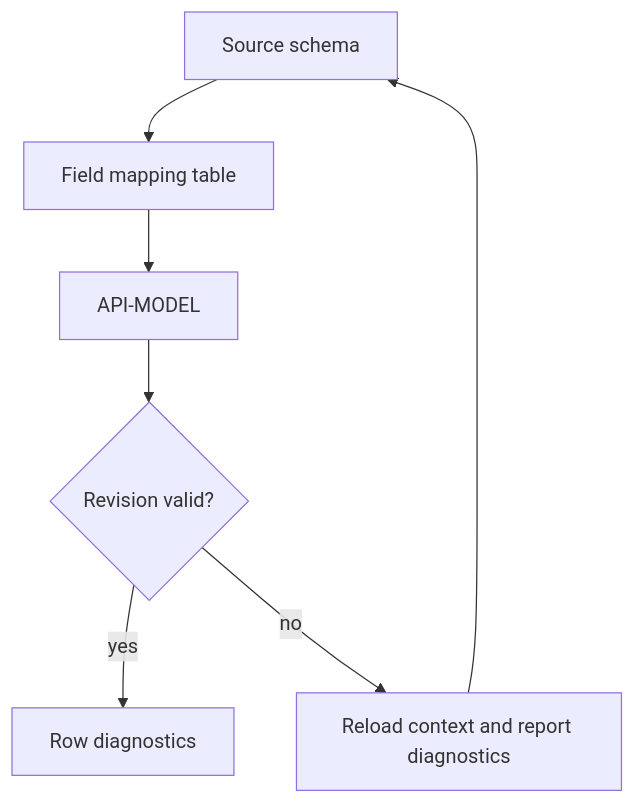
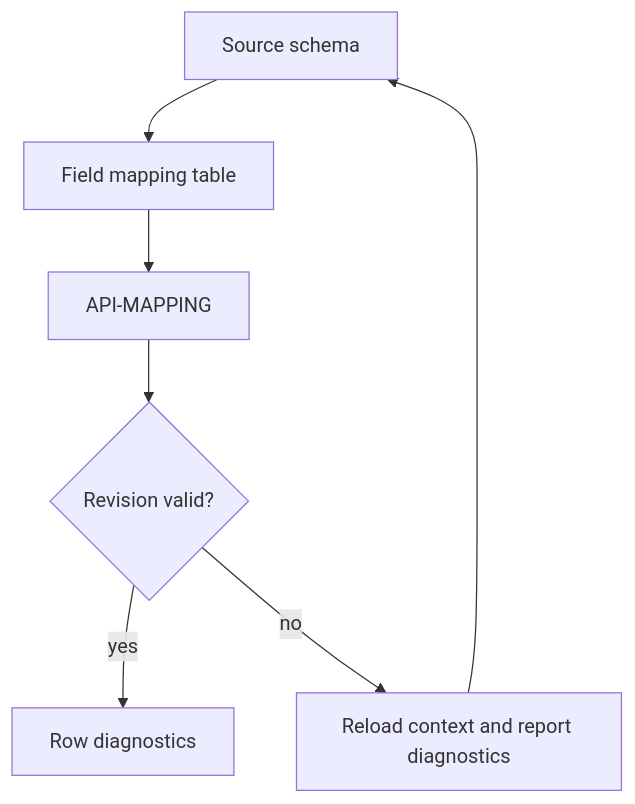
One commit to ameenalqershi/wow-decision-intelligence changed the first of 2 diagrams in docs/design/studio/UI20.md. Above: the diagram before and after it, drawn with Mermaid. The commit also changed other lines of this file and 15 other files, not shown here.

````diff
--- a/docs/design/studio/UI20.md
+++ b/docs/design/studio/UI20.md
@@ -21,9 +21,9 @@
 ```mermaid
 flowchart TD
   S["Source schema"] --> W["Field mapping table"]
-  W --> A["API-MODEL"]
+  W --> A["API-MAPPING"]
   A --> V{"Revision valid?"}
   V -->|yes| I["Row diagnostics"]
   V -->|no| R["Reload context and report diagnostics"]
   R --> S
 ```
````
